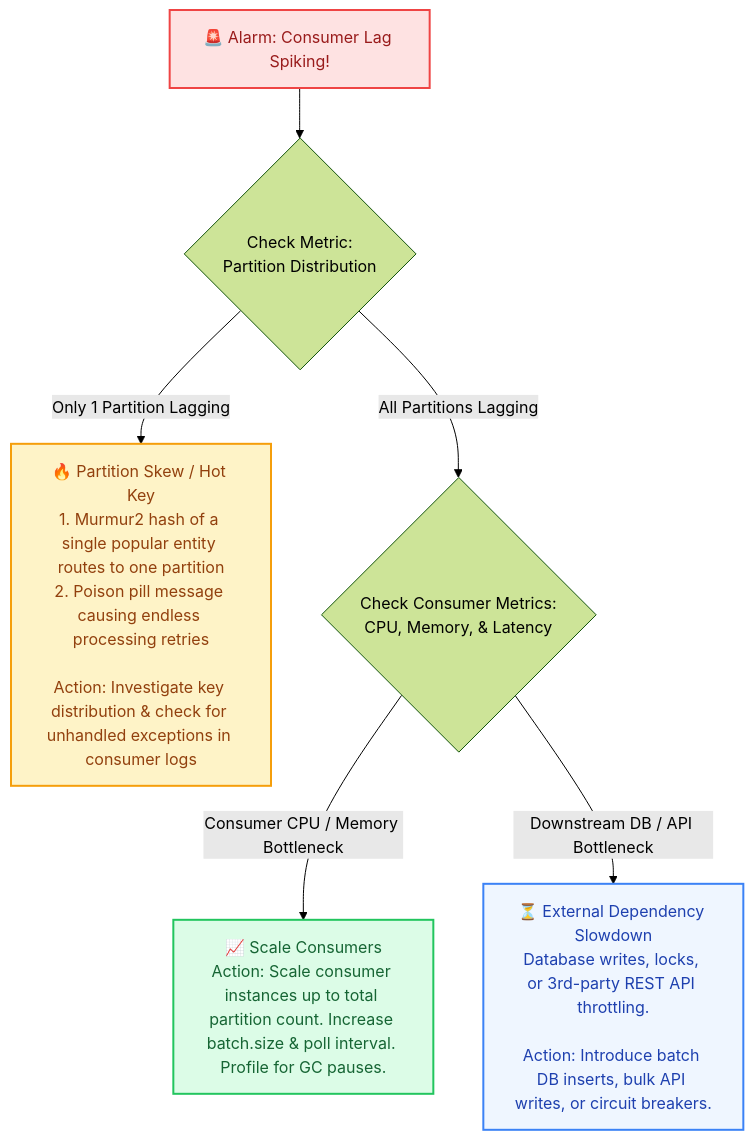
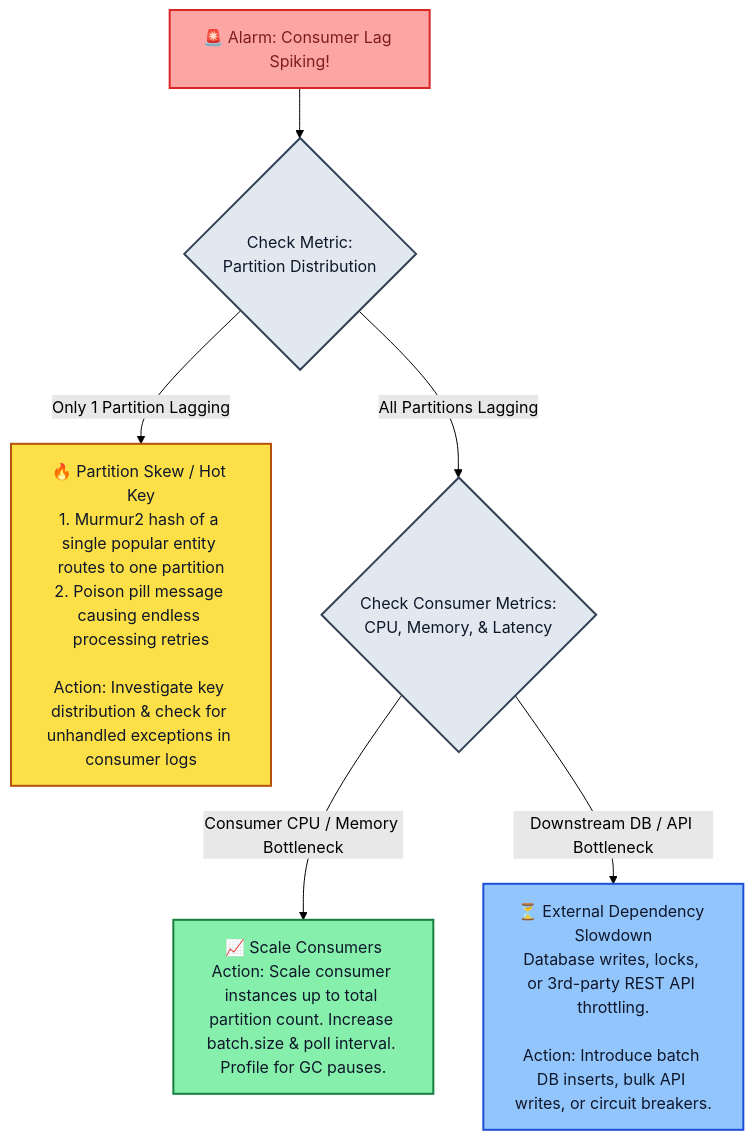
The first of 2 diagrams in 03-Apache-Kafka/05-Interview-Questions-and-Failure-Scenarios.md (PandeyKishan/Study-Notes), drawn with Mermaid (forest theme) before and after one commit. The commit also changed other lines of this file and 22 other files, not shown here.

Commit message:
docs: enhance diagram visibility with high-contrast palette and add concise book definitions

````diff
--- a/03-Apache-Kafka/05-Interview-Questions-and-Failure-Scenarios.md
+++ b/03-Apache-Kafka/05-Interview-Questions-and-Failure-Scenarios.md
@@ -16,16 +16,18 @@
 ```mermaid
 flowchart TD
     Spike["🚨 Alarm: Consumer Lag Spiking!"] --> Step1{"Check Metric:\nPartition Distribution"}
     
     Step1 -->|Only 1 Partition Lagging| HotKey["🔥 Partition Skew / Hot Key\n1. Murmur2 hash of a single popular entity routes to one partition\n2. Poison pill message causing endless processing retries\n\nAction: Investigate key distribution & check for unhandled exceptions in consumer logs"]
     
     Step1 -->|All Partitions Lagging| CheckCPU{"Check Consumer Metrics:\nCPU, Memory, & Latency"}
     
     CheckCPU -->|Consumer CPU / Memory Bottleneck| ScaleConsumers["📈 Scale Consumers\nAction: Scale consumer instances up to total partition count. Increase batch.size & poll interval. Profile for GC pauses."]
     CheckCPU -->|Downstream DB / API Bottleneck| DBHang["⏳ External Dependency Slowdown\nDatabase writes, locks, or 3rd-party REST API throttling.\n\nAction: Introduce batch DB inserts, bulk API writes, or circuit breakers."]
 
-    style Spike fill:#fee2e2,stroke:#ef4444,stroke-width:2px,color:#991b1b
-    style HotKey fill:#fef3c7,stroke:#f59e0b,stroke-width:2px,color:#92400e
-    style ScaleConsumers fill:#dcfce7,stroke:#22c55e,stroke-width:2px,color:#166534
-    style DBHang fill:#eff6ff,stroke:#3b82f6,stroke-width:2px,color:#1e40af
+    style Spike fill:#fca5a5,stroke:#dc2626,stroke-width:2px,color:#7f1d1d
+    style Step1 fill:#e2e8f0,stroke:#334155,stroke-width:2px,color:#0f172a
+    style HotKey fill:#fde047,stroke:#b45309,stroke-width:2px,color:#0f172a
+    style CheckCPU fill:#e2e8f0,stroke:#334155,stroke-width:2px,color:#0f172a
+    style ScaleConsumers fill:#86efac,stroke:#15803d,stroke-width:2px,color:#0f172a
+    style DBHang fill:#93c5fd,stroke:#1d4ed8,stroke-width:2px,color:#0f172a
 ```
````
